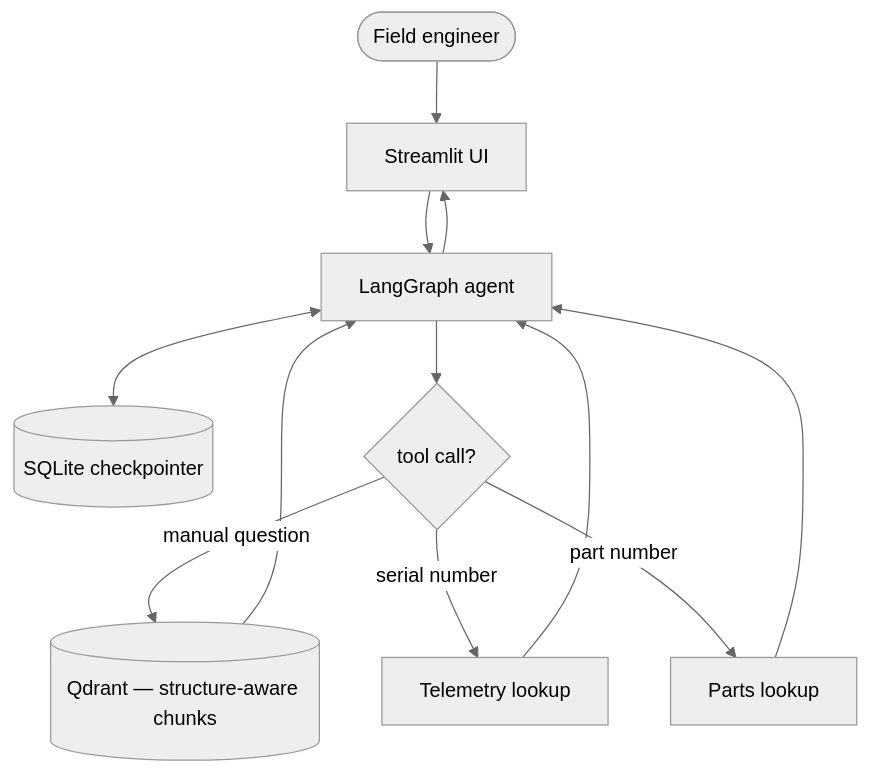
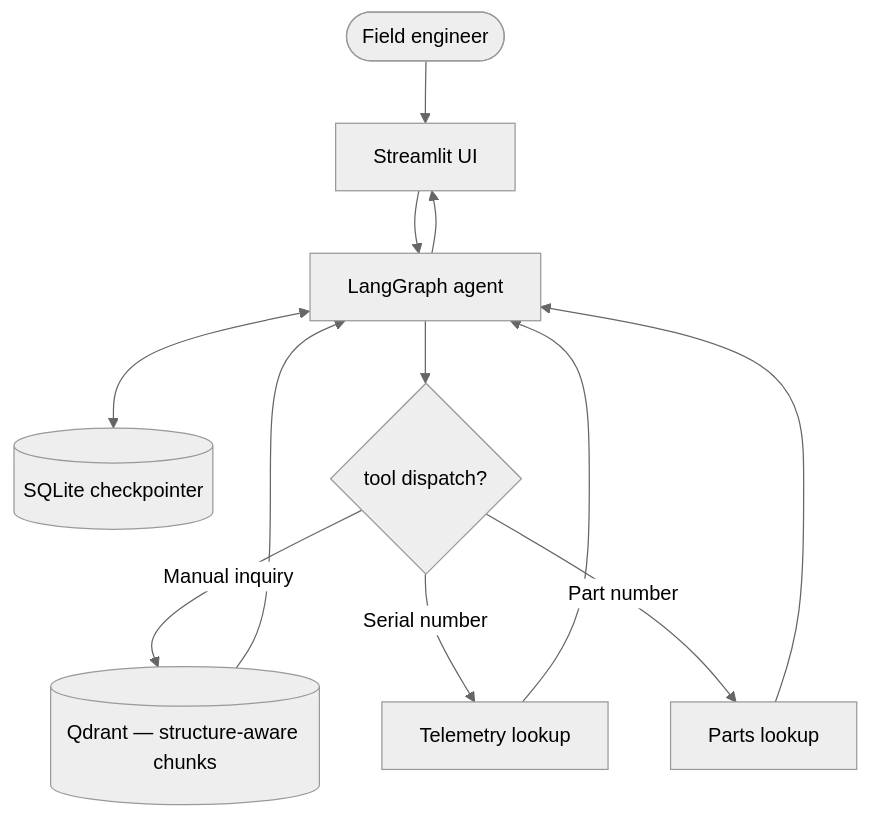
One commit to mostafa-hakimi/voltpro-diagnostic-copilot changed the diagram in README.md. Above: the diagram before and after it, drawn with Mermaid (neutral theme). The commit also changed other lines of this file and 12 other files, not shown here.

First line of the commit message:
feat: upgrade copilot architecture with deterministic tests, ADRs, and dual telemetry

````diff
--- a/README.md
+++ b/README.md
@@ -37,14 +37,14 @@
 ```mermaid
 graph TD
     User([Field engineer]) --> UI[Streamlit UI]
     UI --> Engine[LangGraph agent]
     Engine <--> Checkpointer[(SQLite checkpointer)]
-    Engine --> Router{tool call?}
-    Router -->|manual question| Qdrant[(Qdrant — structure-aware chunks)]
-    Router -->|serial number| Telemetry[Telemetry lookup]
-    Router -->|part number| Parts[Parts lookup]
+    Engine --> Router{tool dispatch?}
+    Router -->|Manual inquiry| Qdrant[(Qdrant — structure-aware chunks)]
+    Router -->|Serial number| Telemetry[Telemetry lookup]
+    Router -->|Part number| Parts[Parts lookup]
     Qdrant --> Engine
     Telemetry --> Engine
     Parts --> Engine
     Engine --> UI
 ```
````
